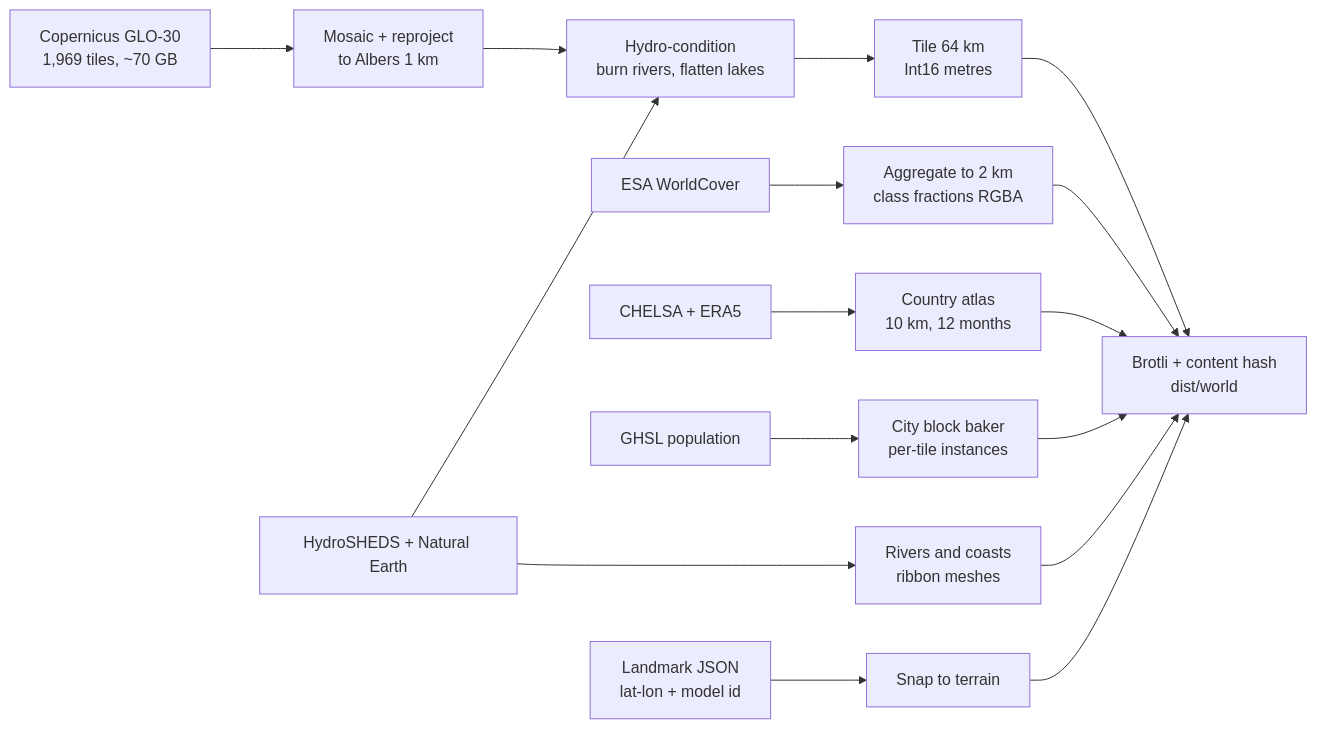
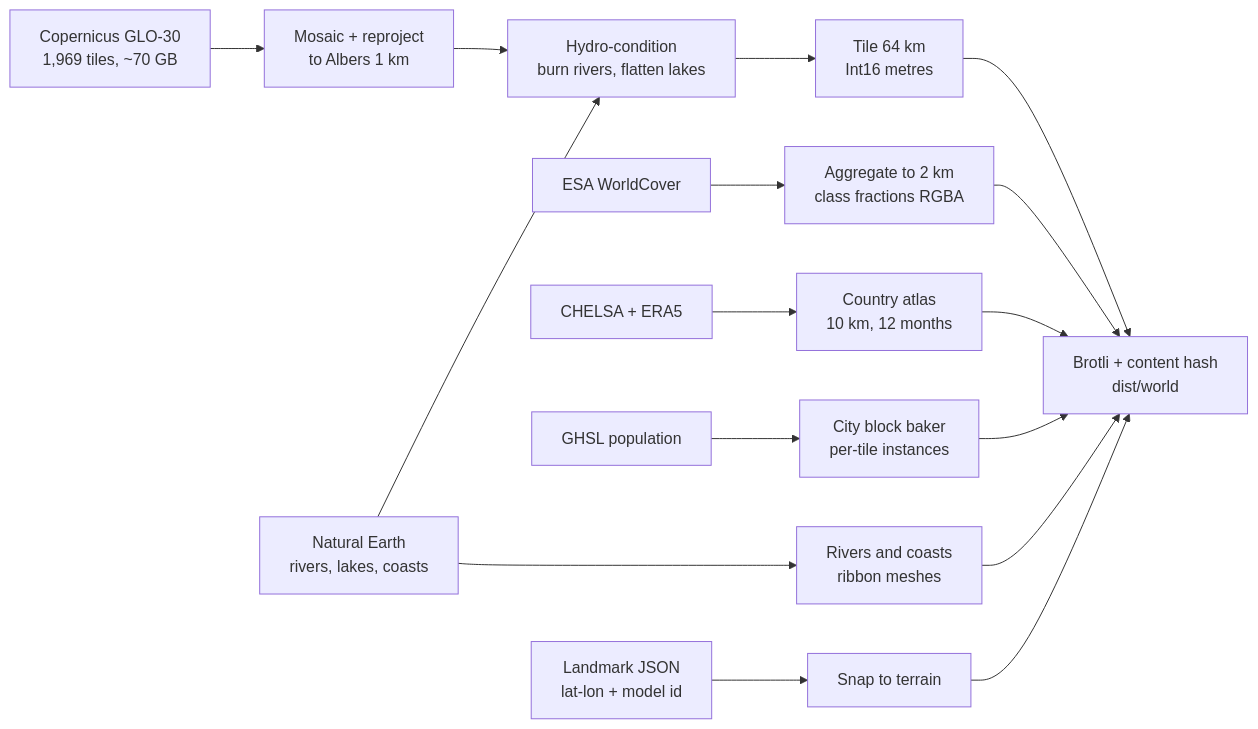
The first of 3 diagrams in Nine Skies — Build Plan.md (Victor-EU/nine-skies), drawn with Mermaid before and after one commit. The commit also changed other lines of this file and 15 other files, not shown here.

````diff
--- a/Nine Skies — Build Plan.md
+++ b/Nine Skies — Build Plan.md
@@ -184,18 +187,18 @@
 ```mermaid
 flowchart LR
   A[Copernicus GLO-30<br/>1,969 tiles, ~70 GB] --> B[Mosaic + reproject<br/>to Albers 1 km]
   B --> C[Hydro-condition<br/>burn rivers, flatten lakes]
   C --> D[Tile 64 km<br/>Int16 metres]
   D --> E[Brotli + content hash<br/>dist/world]
   F[ESA WorldCover] --> G[Aggregate to 2 km<br/>class fractions RGBA]
   G --> E
   H[CHELSA + ERA5] --> I[Country atlas<br/>10 km, 12 months]
   I --> E
   J[GHSL population] --> K[City block baker<br/>per-tile instances]
   K --> E
-  L[HydroSHEDS + Natural Earth] --> C
+  L[Natural Earth<br/>rivers, lakes, coasts] --> C
   L --> M[Rivers and coasts<br/>ribbon meshes]
   M --> E
   N[Landmark JSON<br/>lat-lon + model id] --> O[Snap to terrain]
   O --> E
 ```
````
